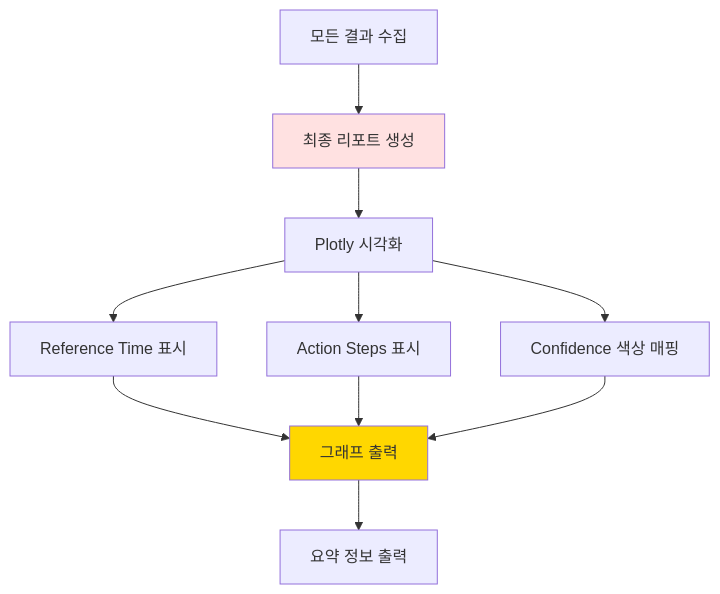
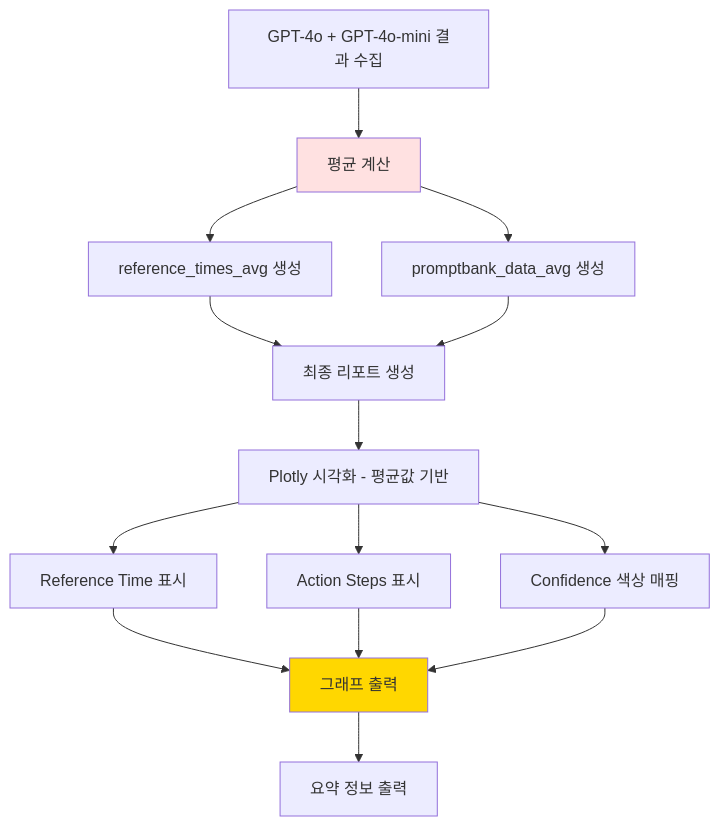
Before and after one commit to BrianTakion/AI_inhaler_Langgraph: the fifth of 13 diagrams in app/ARCHITECTURE.md, drawn with Mermaid. The commit also changed other lines of this file and 22 other files, not shown here.

````diff
--- a/app/ARCHITECTURE.md
+++ b/app/ARCHITECTURE.md
@@ -141,18 +168,23 @@
 ```mermaid
 graph TD
-    A[모든 결과 수집] --> B[최종 리포트 생성]
-    B --> C[Plotly 시각화]
-    
-    C --> D[Reference Time 표시]
-    C --> E[Action Steps 표시]
-    C --> F[Confidence 색상 매핑]
-    
-    D --> G[그래프 출력]
-    E --> G
-    F --> G
-    
-    G --> H[요약 정보 출력]
-    
+    A[GPT-4o + GPT-4o-mini 결과 수집] --> B[평균 계산]
+    B --> C[reference_times_avg 생성]
+    B --> D[promptbank_data_avg 생성]
+
+    C --> E[최종 리포트 생성]
+    D --> E
+
+    E --> F[Plotly 시각화 - 평균값 기반]
+    F --> G[Reference Time 표시]
+    F --> H[Action Steps 표시]
+    F --> I[Confidence 색상 매핑]
+
+    G --> J[그래프 출력]
+    H --> J
+    I --> J
+
+    J --> K[요약 정보 출력]
+
     style B fill:#ffe1e1
-    style G fill:#FFD700
+    style J fill:#FFD700
 ```
````
